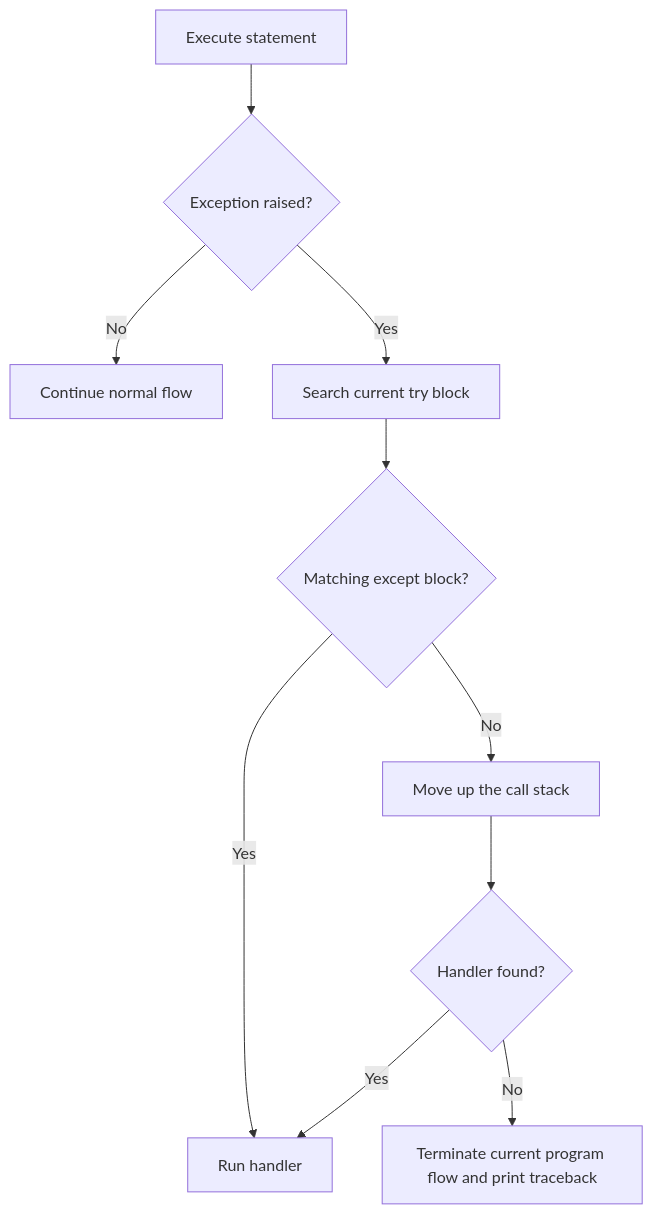
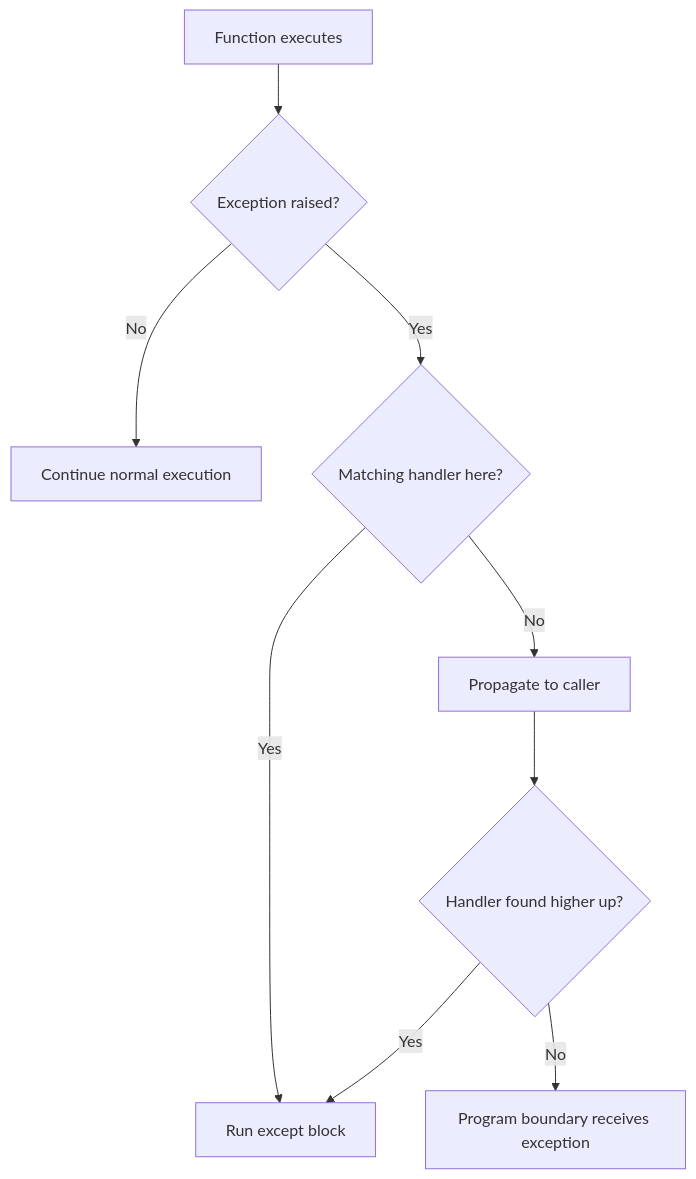
Before and after one commit to AvadhBhalodiya/Interview-Preparation: the first of 3 diagrams in src/content/python/exception-handling.md, drawn with Mermaid. The commit also changed other lines of this file and 80 other files, not shown here.

````diff
--- a/src/content/python/exception-handling.md
+++ b/src/content/python/exception-handling.md
@@ -21,12 +135,11 @@
 ```mermaid
 flowchart TD
-    A[Execute statement] --> B{Exception raised?}
-    B -- No --> C[Continue normal flow]
-    B -- Yes --> D[Search current try block]
-    D --> E{Matching except block?}
-    E -- Yes --> F[Run handler]
-    E -- No --> G[Move up the call stack]
-    G --> H{Handler found?}
-    H -- Yes --> F
-    H -- No --> I[Terminate current program flow and print traceback]
+    A[Function executes] --> B{Exception raised?}
+    B -- No --> C[Continue normal execution]
+    B -- Yes --> D{Matching handler here?}
+    D -- Yes --> E[Run except block]
+    D -- No --> F[Propagate to caller]
+    F --> G{Handler found higher up?}
+    G -- Yes --> E
+    G -- No --> H[Program boundary receives exception]
 ```
````
